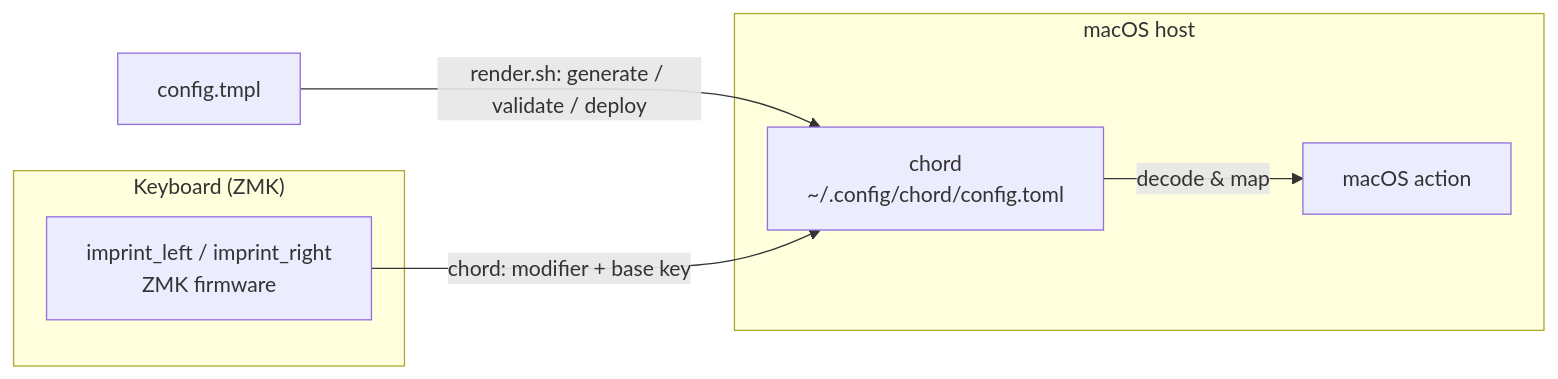
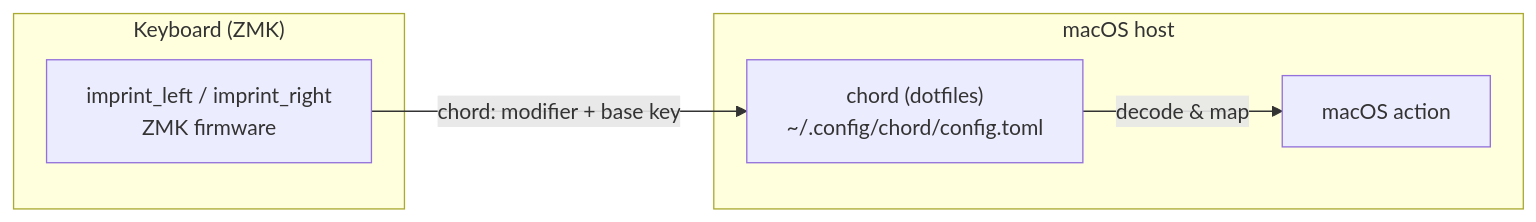
One commit to akira-toriyama/canon changed the diagram in README.en.md. Above: the diagram before and after it, drawn with Mermaid. The commit also changed other lines of this file and 16 other files, not shown here.

First line of the commit message:
:fire: refactor: host/chord/ を dotfiles へ移管(本リポは ZMK 側に focus)

````diff
--- a/README.en.md
+++ b/README.en.md
@@ -20,13 +13,12 @@
 ```mermaid
 flowchart LR
   subgraph KB["Keyboard (ZMK)"]
     FW["imprint_left / imprint_right<br/>ZMK firmware"]
   end
   subgraph MAC["macOS host"]
-    CHORD["chord<br/>~/.config/chord/config.toml"]
+    CHORD["chord (dotfiles)<br/>~/.config/chord/config.toml"]
     ACT["macOS action"]
   end
-  TMPL["config.tmpl"] -->|"render.sh: generate / validate / deploy"| CHORD
   FW -->|"chord: modifier + base key"| CHORD
   CHORD -->|"decode & map"| ACT
 ```
````
